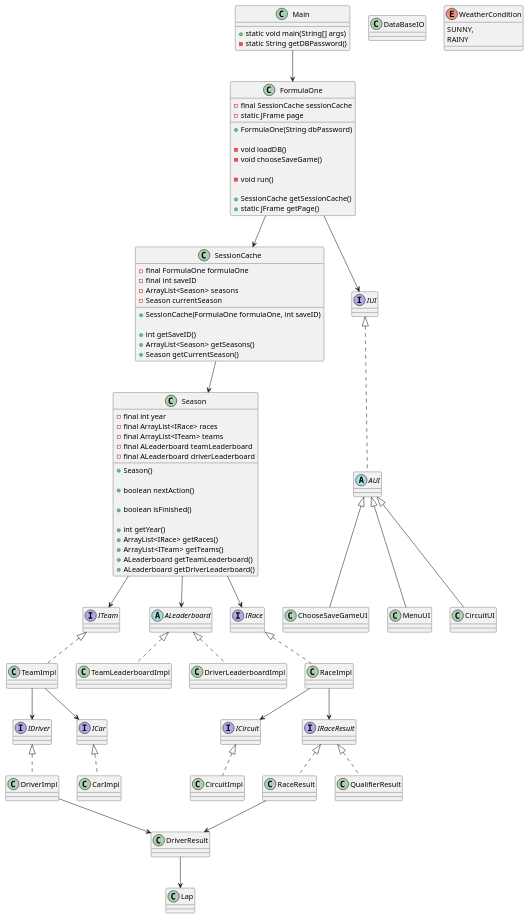
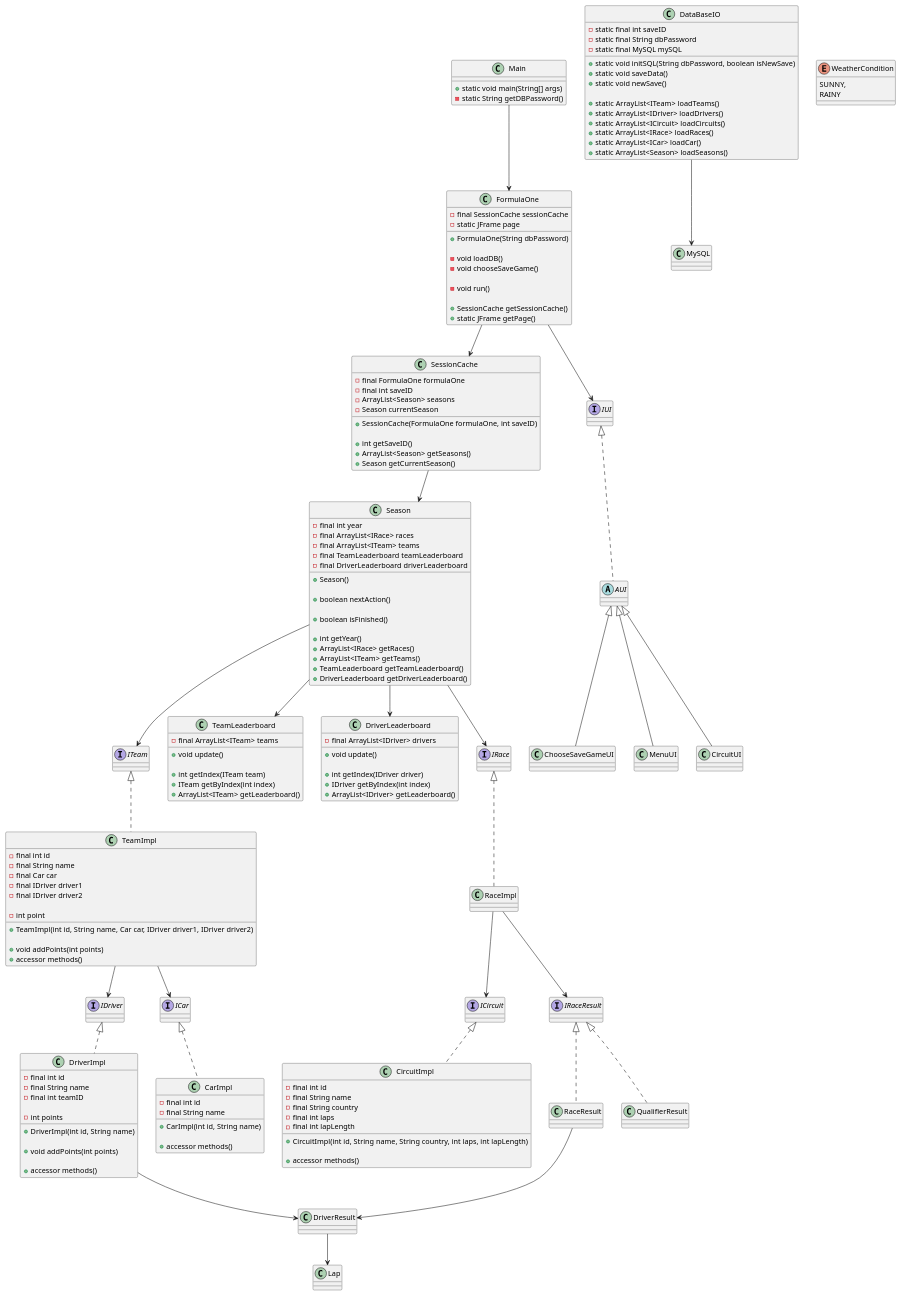
The diagram in Documentation/ClassDiagram_v1.0.puml (Peter537/Dat1-SP4), drawn with PlantUML before and after one commit.

```diff
--- a/Documentation/ClassDiagram_v1.0.puml
+++ b/Documentation/ClassDiagram_v1.0.puml
@@ -41,8 +41,8 @@
     - final int year
     - final ArrayList<IRace> races
     - final ArrayList<ITeam> teams
-    - final ALeaderboard teamLeaderboard
-    - final ALeaderboard driverLeaderboard
+    - final TeamLeaderboard teamLeaderboard
+    - final DriverLeaderboard driverLeaderboard
 
     + Season()
 
@@ -53,37 +53,105 @@
     + int getYear()
     + ArrayList<IRace> getRaces()
     + ArrayList<ITeam> getTeams()
-    + ALeaderboard getTeamLeaderboard()
-    + ALeaderboard getDriverLeaderboard()
+    + TeamLeaderboard getTeamLeaderboard()
+    + DriverLeaderboard getDriverLeaderboard()
 }
 
 class TeamImpl implements ITeam {
+    - final int id
+    - final String name
+    - final Car car
+    - final IDriver driver1
+    - final IDriver driver2
+
+    - int point
+
+    + TeamImpl(int id, String name, Car car, IDriver driver1, IDriver driver2)
+
+    + void addPoints(int points)
+    + accessor methods()
+}
+
+class DriverImpl implements IDriver {
+    ' TODO: TILFØJE ATTRIBUTES (Skal det være en klasse for sig selv?)
+    - final int id
+    - final String name
+    - final int teamID
+
+    - int points
+
+    + DriverImpl(int id, String name)
+
+    + void addPoints(int points)
+
+    + accessor methods()
+}
+
+class CarImpl implements ICar {
+    ' TODO: TILFØJE ATTRIBUTES (Skal det være en klasse for sig selv?)
+    - final int id
+    - final String name
+
+    + CarImpl(int id, String name)
+
+    + accessor methods()
+}
+
+class CircuitImpl implements ICircuit {
+    ' TODO: TILFØJE ATTRIBUTES (Skal det være en klasse for sig selv?)
+    - final int id
+    - final String name
+    - final String country
+    - final int laps
+    - final int lapLength
+
+    + CircuitImpl(int id, String name, String country, int laps, int lapLength)
+
+    + accessor methods()
+}
+
+class TeamLeaderboard {
+    - final ArrayList<ITeam> teams
+
+    + void update()
+
+    + int getIndex(ITeam team)
+    + ITeam getByIndex(int index)
+    + ArrayList<ITeam> getLeaderboard()
+}
+
+class DriverLeaderboard {
+    - final ArrayList<IDriver> drivers
+
+    + void update()
+
+    + int getIndex(IDriver driver)
+    + IDriver getByIndex(int index)
+    + ArrayList<IDriver> getLeaderboard()
+}
+
+class DataBaseIO {
+    - static final int saveID
+    - static final String dbPassword
+    - static final MySQL mySQL
+
+    + static void initSQL(String dbPassword, boolean isNewSave)
+    + static void saveData()
+    + static void newSave()
+
+    + static ArrayList<ITeam> loadTeams()
+    + static ArrayList<IDriver> loadDrivers()
+    + static ArrayList<ICircuit> loadCircuits()
+    + static ArrayList<IRace> loadRaces()
+    + static ArrayList<ICar> loadCar()
+    + static ArrayList<Season> loadSeasons()
+    
+}
+
+class MySQL {
 
 }
 
-class DriverImpl implements IDriver {
-
-}
-
-class CarImpl implements ICar {
-
-}
-
-class CircuitImpl implements ICircuit {
-
-}
-
-class DataBaseIO {
-
-}
-
-class TeamLeaderboardImpl implements ALeaderboard {
-
-}
-
-class DriverLeaderboardImpl implements ALeaderboard {
-
-}
 ' ******************
 ' Race
 ' ******************
@@ -117,10 +185,6 @@
 ' ******************
 ' Abstract Classes
 ' ******************
-
-abstract class ALeaderboard {
-
-}
 
 abstract class AUI implements IUI {
 
@@ -180,7 +244,8 @@
 
 Season --> ITeam
 Season --> IRace
-Season --> ALeaderboard
+Season --> TeamLeaderboard
+Season --> DriverLeaderboard
 
 RaceImpl --> ICircuit
 RaceImpl --> IRaceResult
@@ -193,4 +258,6 @@
 TeamImpl --> ICar
 TeamImpl --> IDriver
 
+DataBaseIO --> MySQL
+
 @enduml
```
